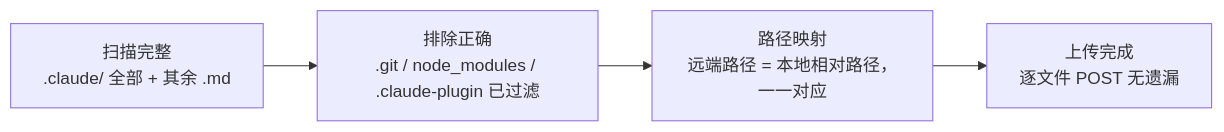
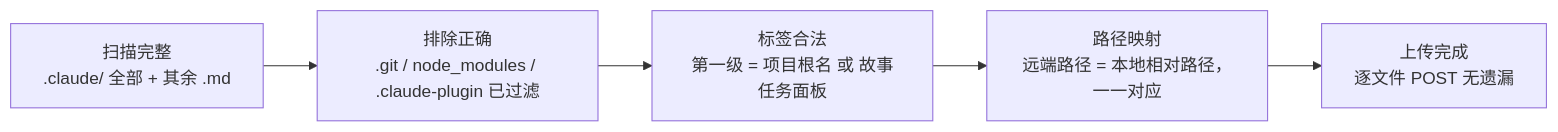
One commit to effiy/YrY changed the ninth of 9 diagrams in skills/rui-import/SKILL.md. Above: the diagram before and after it, drawn with Mermaid. The commit also changed other lines of this file and 4 other files, not shown here.

````diff
--- a/skills/rui-import/SKILL.md
+++ b/skills/rui-import/SKILL.md
@@ -297,6 +317,7 @@
 ```mermaid
 flowchart LR
     S1["扫描完整<br/>.claude/ 全部 + 其余 .md"]:::sig --> S2["排除正确<br/>.git / node_modules / .claude-plugin 已过滤"]:::sig
-    S2 --> S3["路径映射<br/>远端路径 = 本地相对路径，一一对应"]:::sig
-    S3 --> S4["上传完成<br/>逐文件 POST 无遗漏"]:::sig
+    S2 --> S3["标签合法<br/>第一级 = 项目根名 或 故事任务面板"]:::sig
+    S3 --> S4["路径映射<br/>远端路径 = 本地相对路径，一一对应"]:::sig
+    S4 --> S5["上传完成<br/>逐文件 POST 无遗漏"]:::sig
 ```
````
